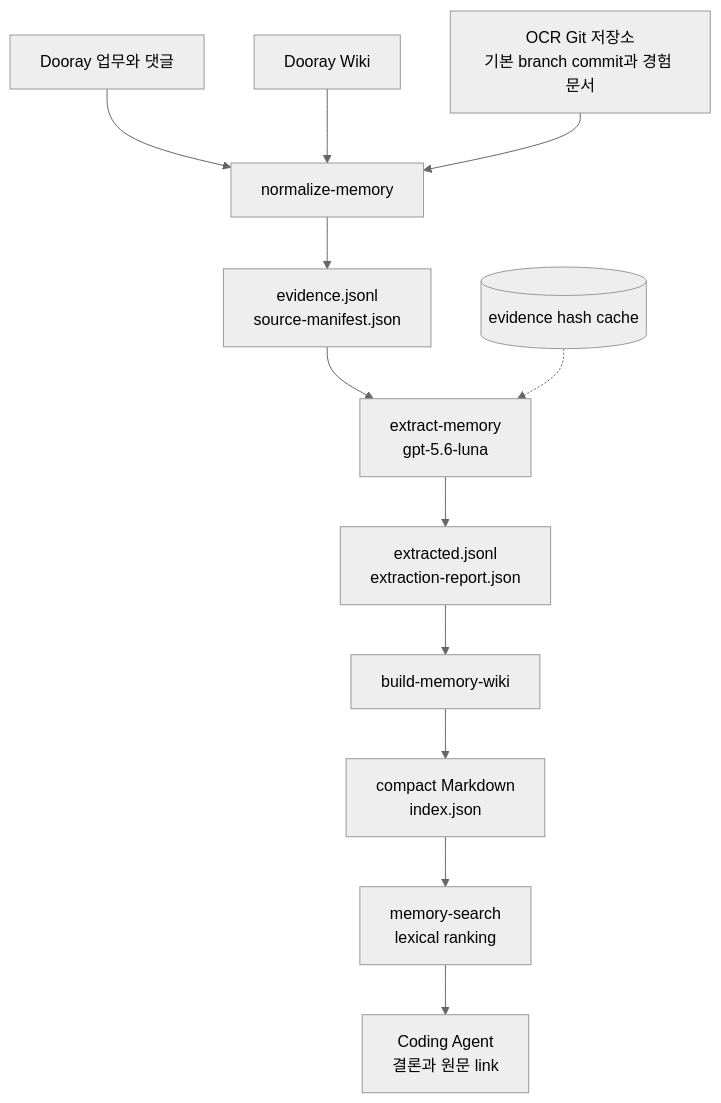
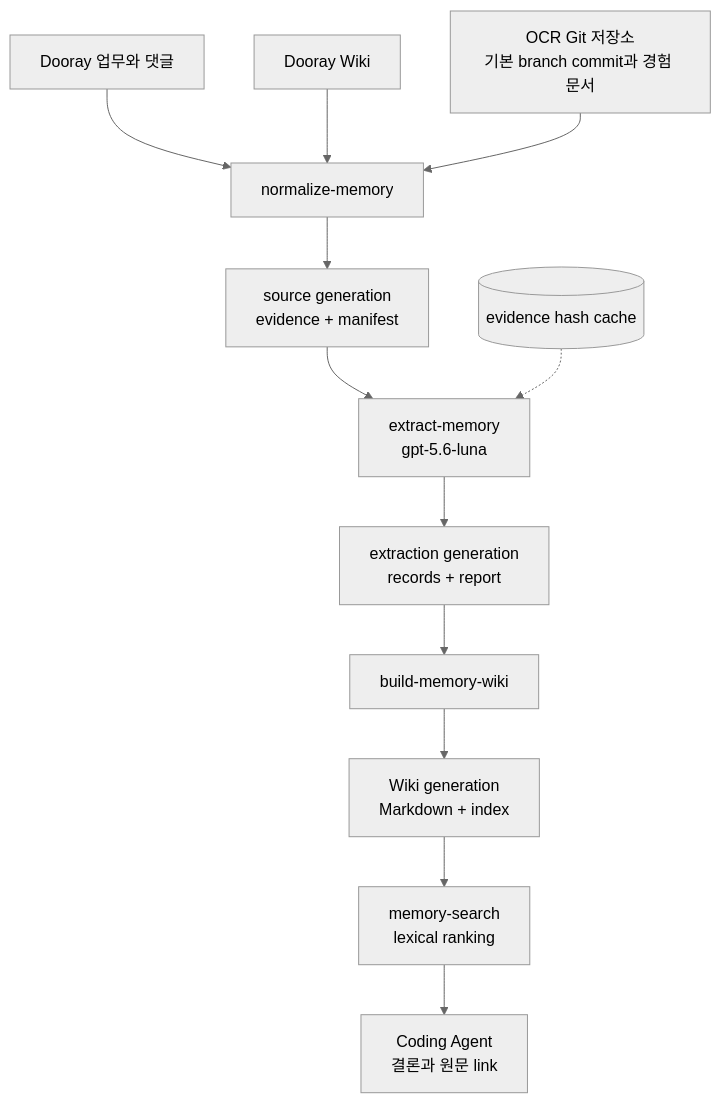
Before and after one commit to jon890/devloop-v2: the first of 5 diagrams in docs/flow.md, drawn with Mermaid (neutral theme). The commit also changed other lines of this file and 7 other files, not shown here.

````diff
--- a/docs/flow.md
+++ b/docs/flow.md
@@ -13,14 +13,14 @@
 ```mermaid
 flowchart TD
     DT["Dooray 업무와 댓글"] --> N["normalize-memory"]
     DW["Dooray Wiki"] --> N
     GR["OCR Git 저장소<br/>기본 branch commit과 경험 문서"] --> N
-    N --> E["evidence.jsonl<br/>source-manifest.json"]
+    N --> E["source generation<br/>evidence + manifest"]
     E --> X["extract-memory<br/>gpt-5.6-luna"]
     C[("evidence hash cache")] -.-> X
-    X --> D["extracted.jsonl<br/>extraction-report.json"]
+    X --> D["extraction generation<br/>records + report"]
     D --> B["build-memory-wiki"]
-    B --> M["compact Markdown<br/>index.json"]
+    B --> M["Wiki generation<br/>Markdown + index"]
     M --> S["memory-search<br/>lexical ranking"]
     S --> A["Coding Agent<br/>결론과 원문 link"]
 ```
````
